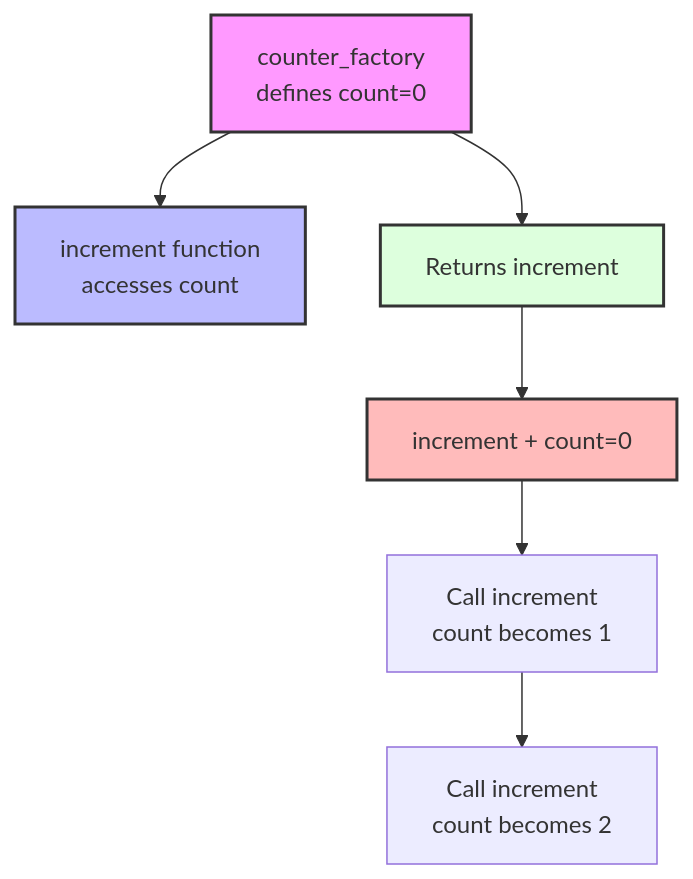
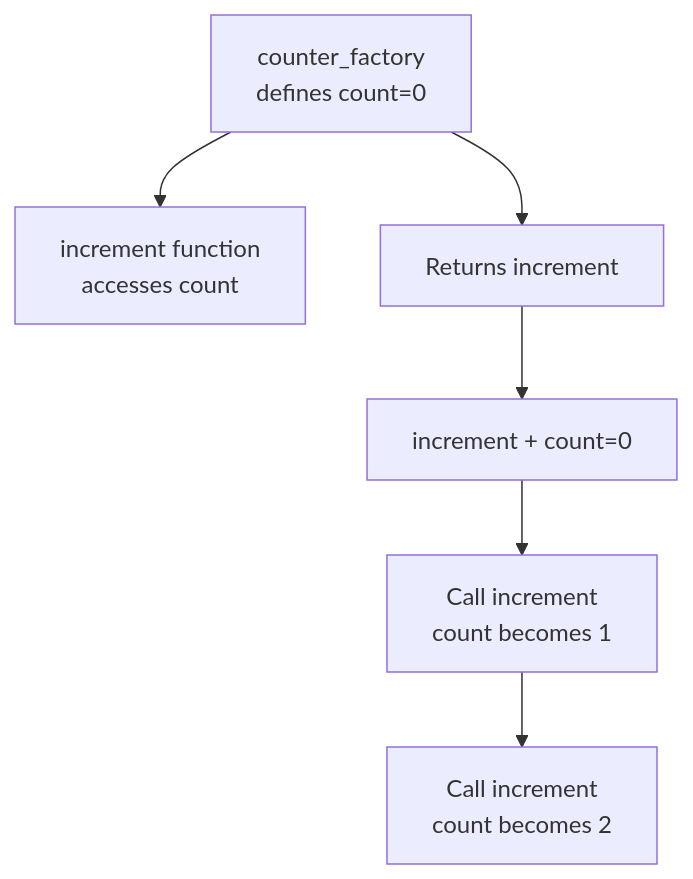
One commit to AhmeDiaaU/PythonDocumentation changed the fifth of 9 diagrams in Functions/Closure.md. Above: the diagram before and after it, drawn with Mermaid. The commit also changed other lines of this file, not shown here.

````diff
--- a/Functions/Closure.md
+++ b/Functions/Closure.md
@@ -254,23 +127,8 @@
 ```mermaid
-
 flowchart TD
-
-    A["counter_factory<br>defines count=0"] --> B["increment function<br>accesses count"]
-
-    A --> C["Returns increment"]
-
-    C --> D["increment + count=0"]
-
-    D --> E["Call increment<br>count becomes 1"]
-
-    E --> F["Call increment<br>count becomes 2"]
-
-    style A fill:#f9f,stroke:#333,stroke-width:2px
-
-    style B fill:#bbf,stroke:#333,stroke-width:2px
-
-    style C fill:#dfd,stroke:#333,stroke-width:2px
-
-    style D fill:#fbb,stroke:#333,stroke-width:2px
-
+    A["counter_factory<br>defines count=0"] --> B["increment function<br>accesses count"]
+    A --> C["Returns increment"]
+    C --> D["increment + count=0"]
+    D --> E["Call increment<br>count becomes 1"]
+    E --> F["Call increment<br>count becomes 2"]
 ```
````
